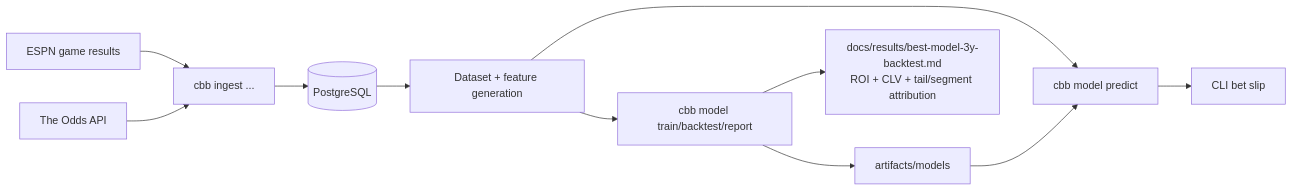
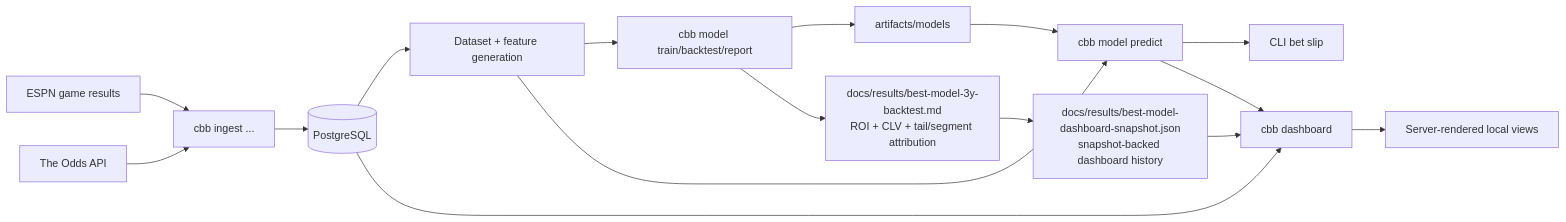
One commit to tomwalsh421-lang/maumau changed the diagram in cbb-upsets/docs/architecture.md. Above: the diagram before and after it, drawn with Mermaid. The commit also changed other lines of this file and 31 other files, not shown here.

````diff
--- a/cbb-upsets/docs/architecture.md
+++ b/cbb-upsets/docs/architecture.md
@@ -30,24 +30,32 @@
 ```mermaid
 flowchart LR
     ESPN[ESPN game results]
     Odds[The Odds API]
     Ingest[cbb ingest ...]
     PG[(PostgreSQL)]
     Features[Dataset + feature generation]
     Train[cbb model train/backtest/report]
     Predict[cbb model predict]
+    UI[cbb dashboard]
     Artifacts[artifacts/models]
     Report[docs/results/best-model-3y-backtest.md<br/>ROI + CLV + tail/segment attribution]
+    Snapshot[docs/results/best-model-dashboard-snapshot.json<br/>snapshot-backed dashboard history]
     Slip[CLI bet slip]
+    Views[Server-rendered local views]
 
     ESPN --> Ingest
     Odds --> Ingest
     Ingest --> PG
     PG --> Features
     Features --> Train
     Features --> Predict
     Train --> Artifacts
     Train --> Report
+    Report --> Snapshot
     Artifacts --> Predict
     Predict --> Slip
+    Snapshot --> UI
+    Predict --> UI
+    PG --> UI
+    UI --> Views
 ```
````
